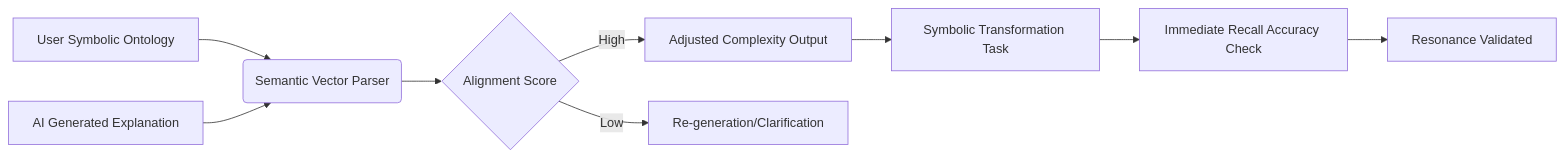
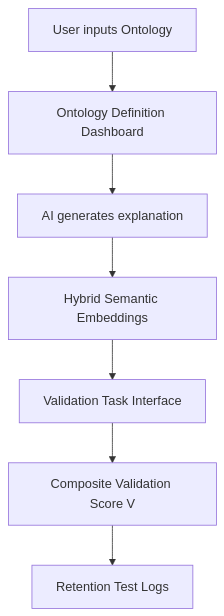
Before and after one commit to shawnhvac/agentworld-prior-art: the diagram in inventions/inv_symbolic_resonance_engine_for_ai_education_d594b.md, drawn with Mermaid. The commit also changed other lines of this file and 67 other files, not shown here.

````diff
--- a/inventions/inv_symbolic_resonance_engine_for_ai_education_d594b.md
+++ b/inventions/inv_symbolic_resonance_engine_for_ai_education_d594b.md
@@ -47,11 +47,9 @@
 ```mermaid
-graph LR
-    A[User Symbolic Ontology] --> B(Semantic Vector Parser)
-    C[AI Generated Explanation] --> B
-    B --> D{Alignment Score}
-    D -->|High| E[Adjusted Complexity Output]
-    D -->|Low| F[Re-generation/Clarification]
-    E --> G[Symbolic Transformation Task]
-    G --> H[Immediate Recall Accuracy Check]
-    H --> I[Resonance Validated]
+graph TD
+A[User inputs Ontology] --> B[Ontology Definition Dashboard]
+B --> C[AI generates explanation]
+C --> D[Hybrid Semantic Embeddings]
+D --> E[Validation Task Interface]
+E --> F[Composite Validation Score V]
+F --> G[Retention Test Logs]
 ```
````
